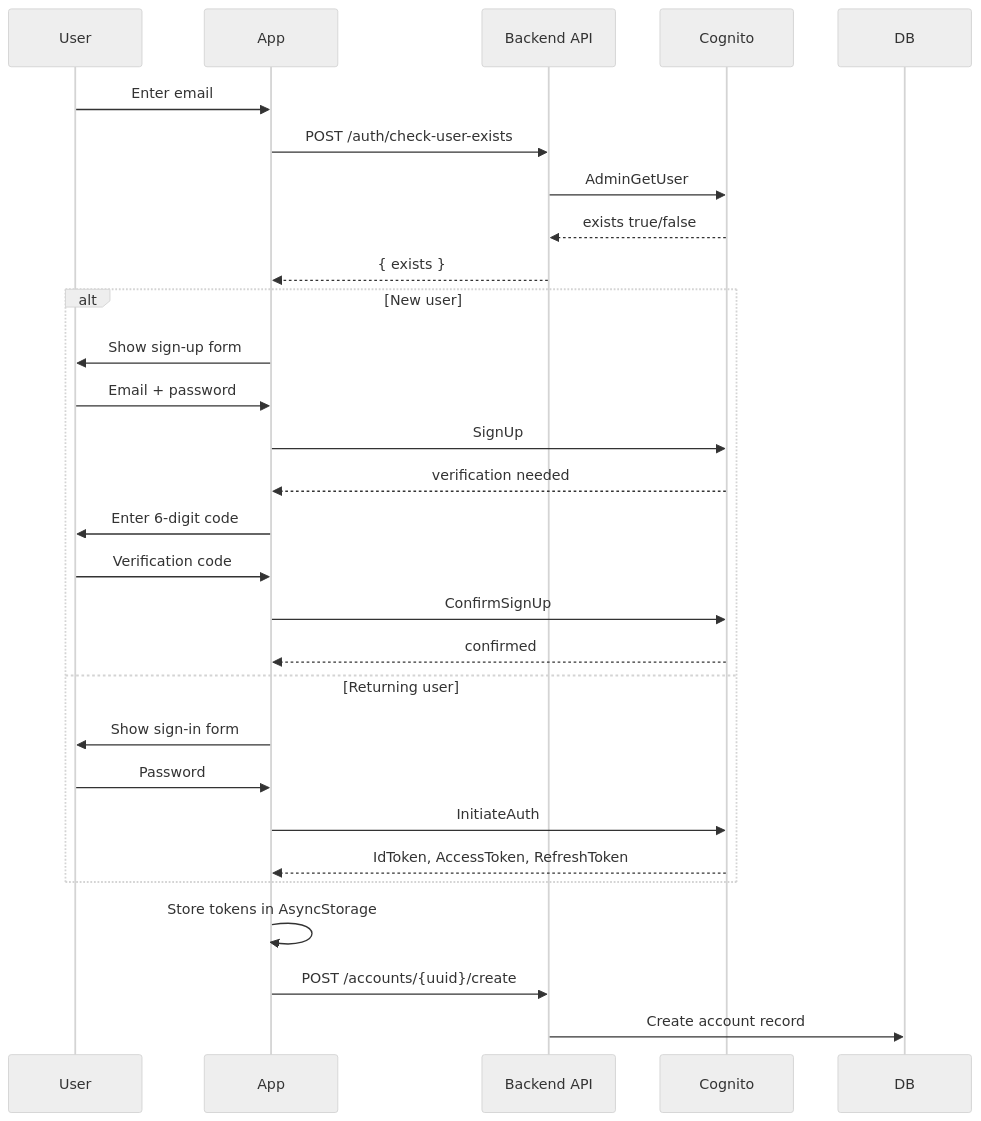
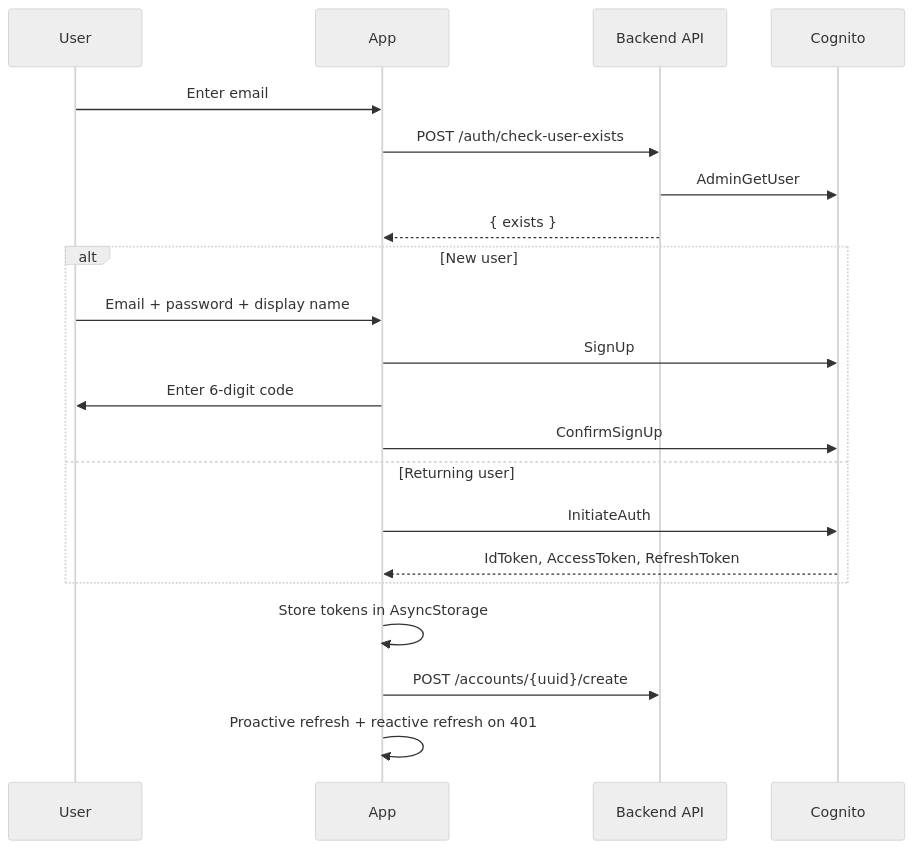
Before and after one commit to joshp93/LemuelApp: the second of 5 diagrams in README.md, drawn with Mermaid (neutral theme). The commit also changed other lines of this file and 47 other files, not shown here.

````diff
--- a/README.md
+++ b/README.md
@@ -49,33 +67,26 @@
 ```mermaid
 sequenceDiagram
     participant User
     participant App
     participant API as Backend API
     participant Cognito
 
     User->>App: Enter email
     App->>API: POST /auth/check-user-exists
     API->>Cognito: AdminGetUser
-    Cognito-->>API: exists true/false
     API-->>App: { exists }
 
     alt New user
-        App->>User: Show sign-up form
-        User->>App: Email + password
+        User->>App: Email + password + display name
         App->>Cognito: SignUp
-        Cognito-->>App: verification needed
         App->>User: Enter 6-digit code
-        User->>App: Verification code
         App->>Cognito: ConfirmSignUp
-        Cognito-->>App: confirmed
     else Returning user
-        App->>User: Show sign-in form
-        User->>App: Password
         App->>Cognito: InitiateAuth
         Cognito-->>App: IdToken, AccessToken, RefreshToken
     end
 
     App->>App: Store tokens in AsyncStorage
     App->>API: POST /accounts/{uuid}/create
-    API->>DB: Create account record
+    App->>App: Proactive refresh + reactive refresh on 401
 ```
````
